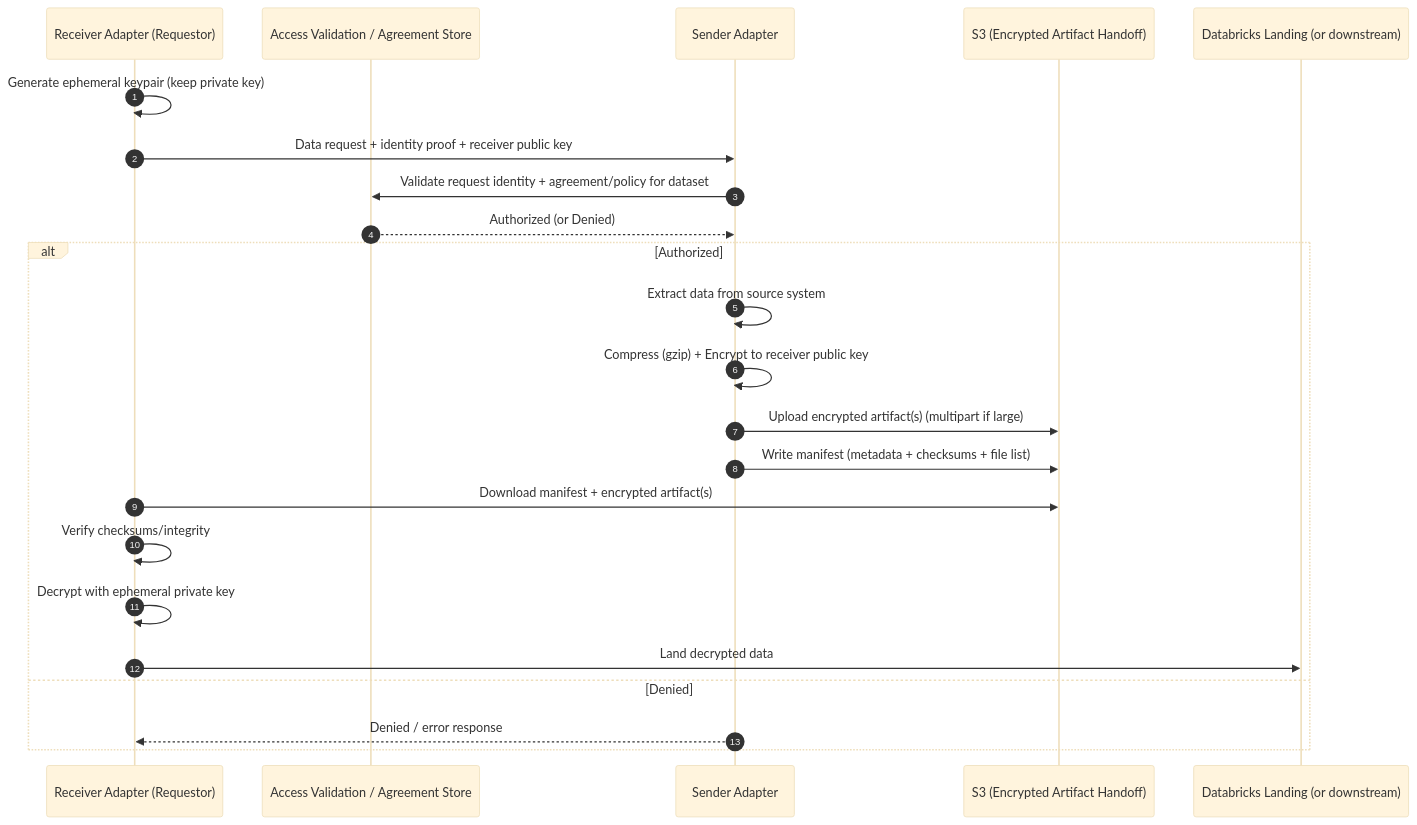
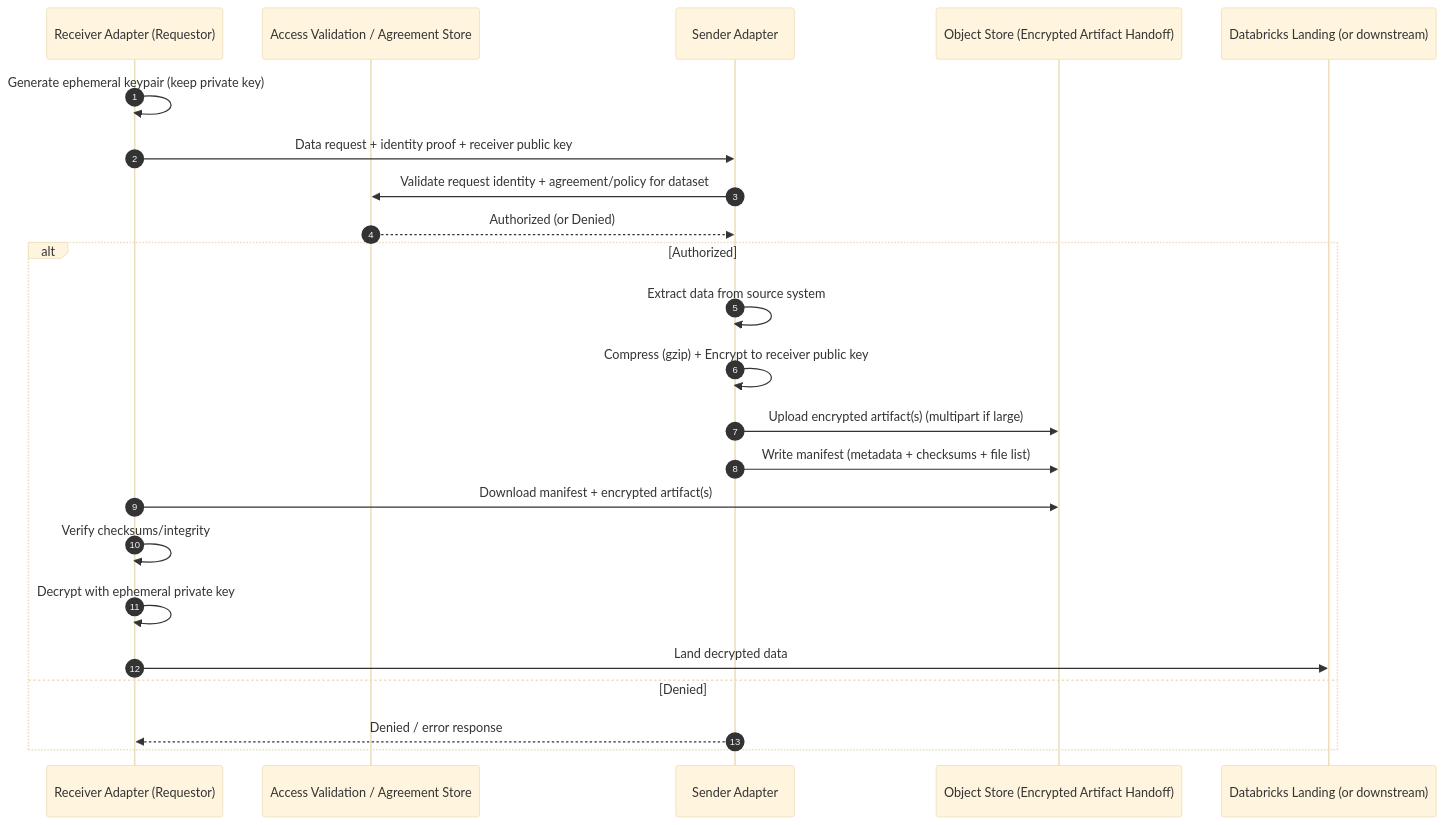
The first of 8 diagrams in docs/adr/0001-fde-architecture-diagrams.md (GSA-TTS/TTSE-Redwood), drawn with Mermaid (base theme) before and after one commit. The commit also changed other lines of this file and 1 other file, not shown here.

````diff
--- a/docs/adr/0001-fde-architecture-diagrams.md
+++ b/docs/adr/0001-fde-architecture-diagrams.md
@@ -7,27 +7,27 @@
 ```mermaid
 sequenceDiagram
   autonumber
   participant R as Receiver Adapter (Requestor)
   participant AV as Access Validation / Agreement Store
   participant S as Sender Adapter
-  participant S3 as S3 (Encrypted Artifact Handoff)
+  participant S3 as Object Store (Encrypted Artifact Handoff)
   participant D as Databricks Landing (or downstream)
 
   R->>R: Generate ephemeral keypair (keep private key)
   R->>S: Data request + identity proof + receiver public key
   S->>AV: Validate request identity + agreement/policy for dataset
   AV-->>S: Authorized (or Denied)
 
   alt Authorized
     S->>S: Extract data from source system
     S->>S: Compress (gzip) + Encrypt to receiver public key
     S->>S3: Upload encrypted artifact(s) (multipart if large)
     S->>S3: Write manifest (metadata + checksums + file list)
     R->>S3: Download manifest + encrypted artifact(s)
     R->>R: Verify checksums/integrity
     R->>R: Decrypt with ephemeral private key
     R->>D: Land decrypted data
   else Denied
     S-->>R: Denied / error response
   end
 ```
````
